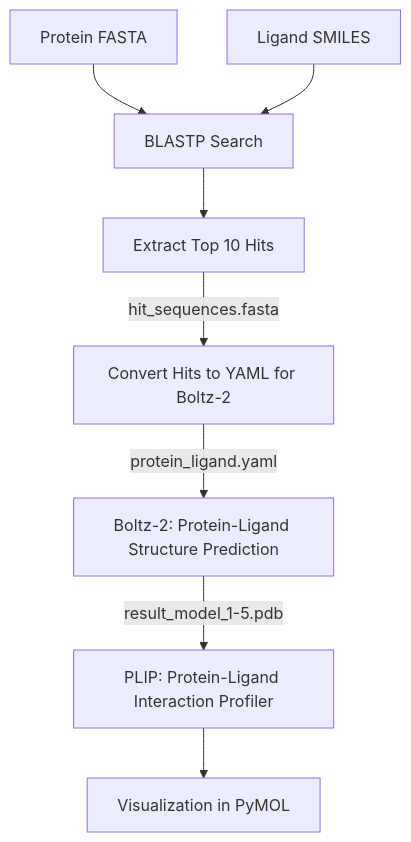
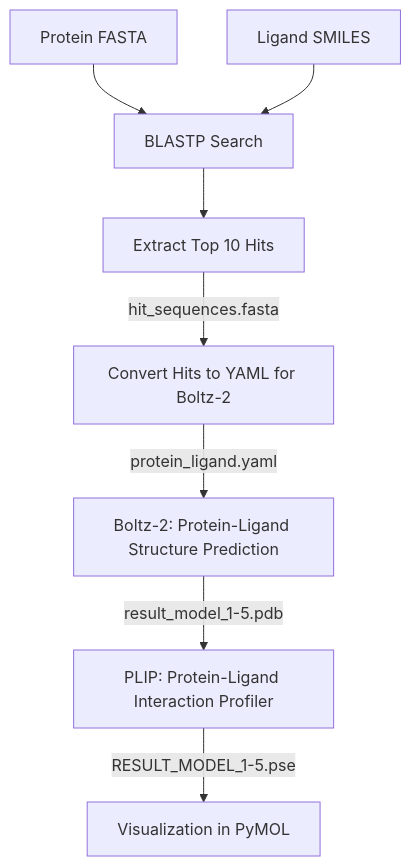
One commit to sasamson/Boltzflow changed the diagram in README.md. Above: the diagram before and after it, drawn with Mermaid.

````diff
--- a/README.md
+++ b/README.md
@@ -14,12 +14,12 @@
 ```mermaid
 flowchart TD
     A[BLASTP Search]
     P[Protein FASTA] --> A
     L[Ligand SMILES] --> A
 
     A --> B[Extract Top 10 Hits]
     B --> |hit_sequences.fasta| C[Convert Hits to YAML for Boltz-2]
     C --> |protein_ligand.yaml| D[Boltz-2: Protein-Ligand Structure Prediction]
     D --> |result_model_1-5.pdb| E[PLIP: Protein-Ligand Interaction Profiler]
-    E --> F[Visualization in PyMOL]
+    E --> |RESULT_MODEL_1-5.pse| F[Visualization in PyMOL]
 ```
````
